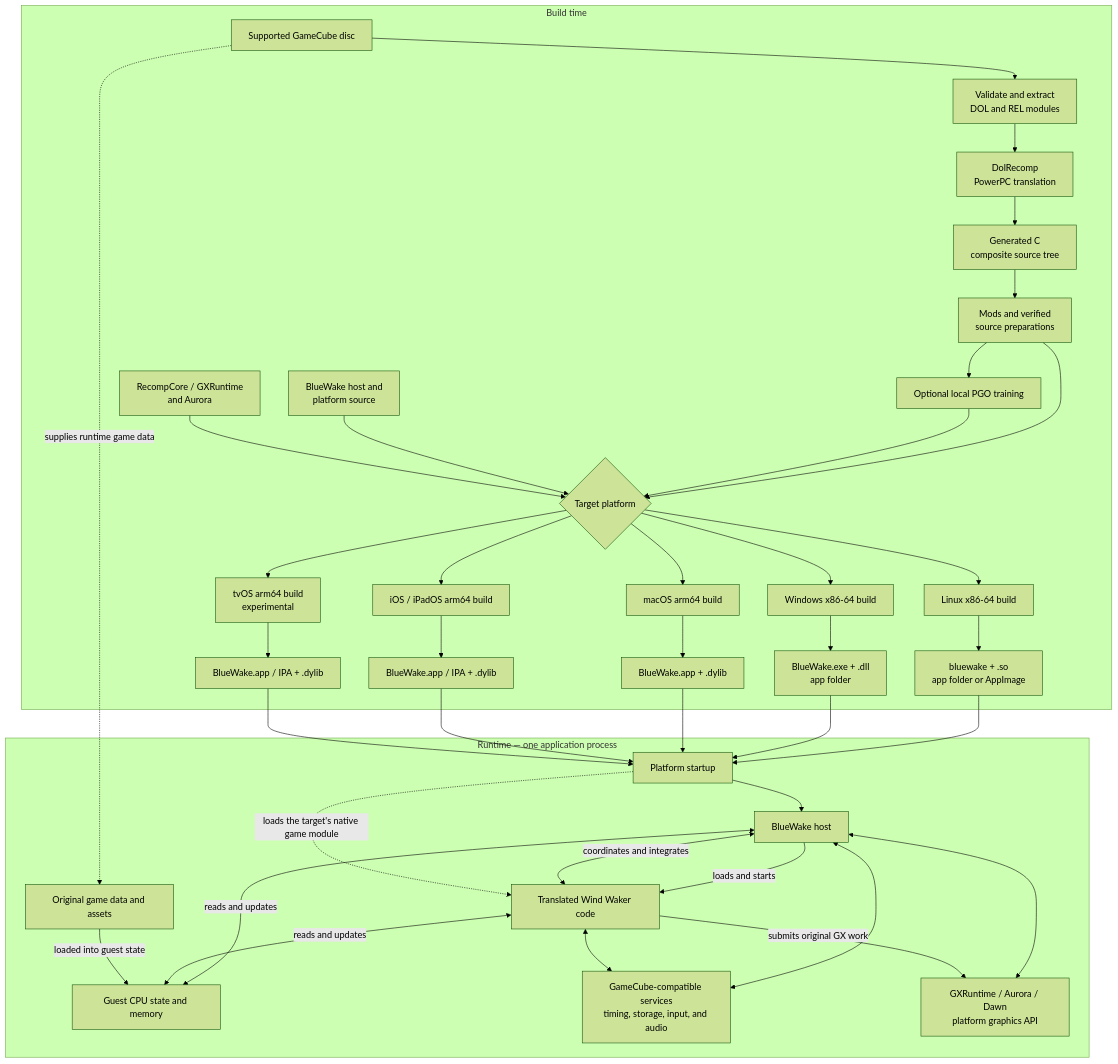
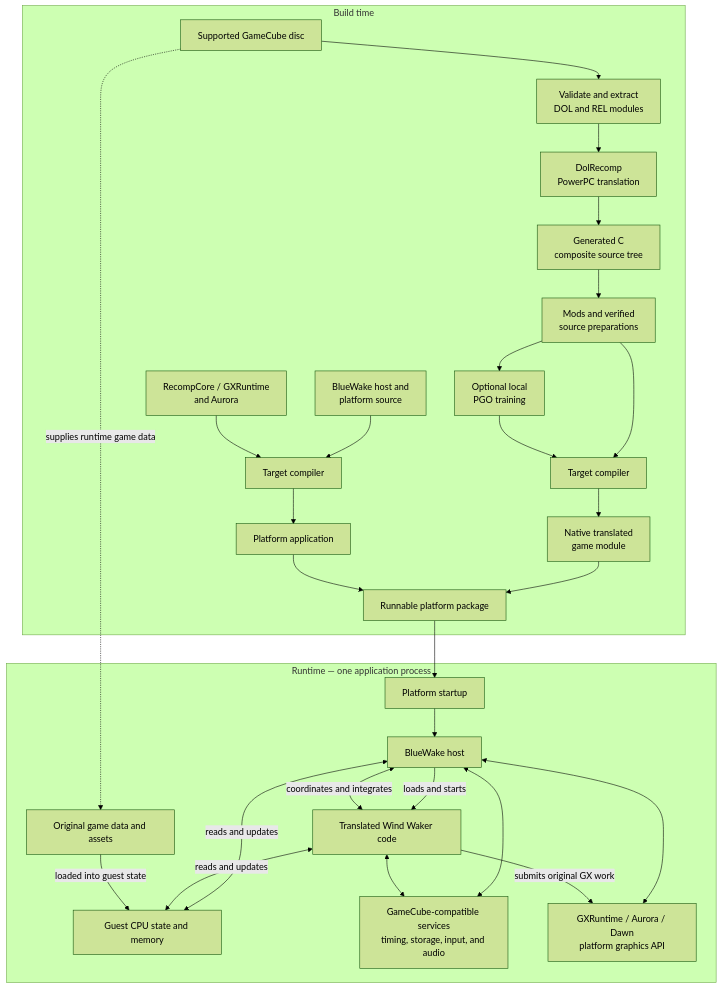
Before and after one commit to Aelbannan/boat_of_daphnes: the diagram in docs/architecture/Overview.md, drawn with Mermaid (forest theme). The commit also changed other lines of this file and 1 other file, not shown here.

Commit message:
docs: separate build architecture details

````diff
--- a/docs/architecture/Overview.md
+++ b/docs/architecture/Overview.md
@@ -38,63 +38,50 @@
 ```mermaid
 flowchart TD
     subgraph Build["Build time"]
         Disc["Supported GameCube disc"]
         Extract["Validate and extract<br/>DOL and REL modules"]
         Translator["DolRecomp<br/>PowerPC translation"]
         Generated["Generated C<br/>composite source tree"]
         Prepared["Mods and verified<br/>source preparations"]
-        Training["Optional local PGO training"]
+        Training["Optional local<br/>PGO training"]
         HostSource["BlueWake host and<br/>platform source"]
         RuntimeSource["RecompCore / GXRuntime<br/>and Aurora"]
-        Target{"Target platform"}
-        LinuxBuild["Linux x86-64 build"]
-        WindowsBuild["Windows x86-64 build"]
-        MacBuild["macOS arm64 build"]
-        IOSBuild["iOS / iPadOS arm64 build"]
-        TVBuild["tvOS arm64 build<br/>experimental"]
-        LinuxPackage["bluewake + .so<br/>app folder or AppImage"]
-        WindowsPackage["BlueWake.exe + .dll<br/>app folder"]
-        MacPackage["BlueWake.app + .dylib"]
-        IOSPackage["BlueWake.app / IPA + .dylib"]
-        TVPackage["BlueWake.app / IPA + .dylib"]
+        GameCompiler["Target compiler"]
+        AppCompiler["Target compiler"]
+        GameModule["Native translated<br/>game module"]
+        Executable["Platform application"]
+        Package["Runnable platform package"]
 
-        Disc --> Extract --> Translator --> Generated --> Prepared --> Target
-        Prepared --> Training --> Target
-        HostSource --> Target
-        RuntimeSource --> Target
-        Target --> LinuxBuild --> LinuxPackage
-        Target --> WindowsBuild --> WindowsPackage
-        Target --> MacBuild --> MacPackage
-        Target --> IOSBuild --> IOSPackage
-        Target --> TVBuild --> TVPackage
+        Disc --> Extract --> Translator --> Generated --> Prepared --> GameCompiler --> GameModule
+        Prepared --> Training --> GameCompiler
+        HostSource --> AppCompiler
+        RuntimeSource --> AppCompiler
+        AppCompiler --> Executable
+        GameModule --> Package
+        Executable --> Package
     end
 
     subgraph Runtime["Runtime — one application process"]
         Startup["Platform startup"]
         Host["BlueWake host"]
         Game["Translated Wind Waker code"]
         Guest["Guest CPU state and memory"]
         Services["GameCube-compatible services<br/>timing, storage, input, and audio"]
         Graphics["GXRuntime / Aurora / Dawn<br/>platform graphics API"]
         Assets["Original game data and assets"]
 
         Startup --> Host
         Host -->|"loads and starts"| Game
         Host <-->|"coordinates and integrates"| Game
         Host <-->|"reads and updates"| Guest
         Game <-->|"reads and updates"| Guest
         Host <--> Services
         Game <--> Services
         Host <--> Graphics
         Game -->|"submits original GX work"| Graphics
         Assets -->|"loaded into guest state"| Guest
     end
 
-    LinuxPackage --> Startup
-    WindowsPackage --> Startup
-    MacPackage --> Startup
-    IOSPackage --> Startup
-    TVPackage --> Startup
-    Startup -. "loads the target's native game module" .-> Game
+    Package --> Startup
     Disc -. "supplies runtime game data" .-> Assets
 ```
````
